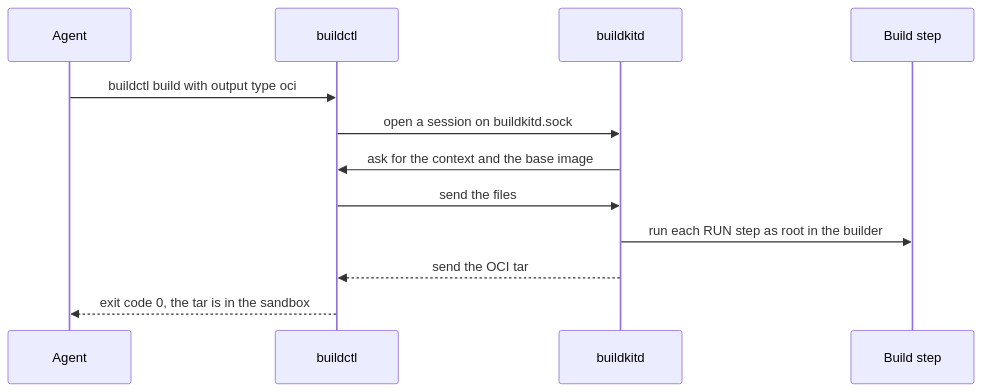
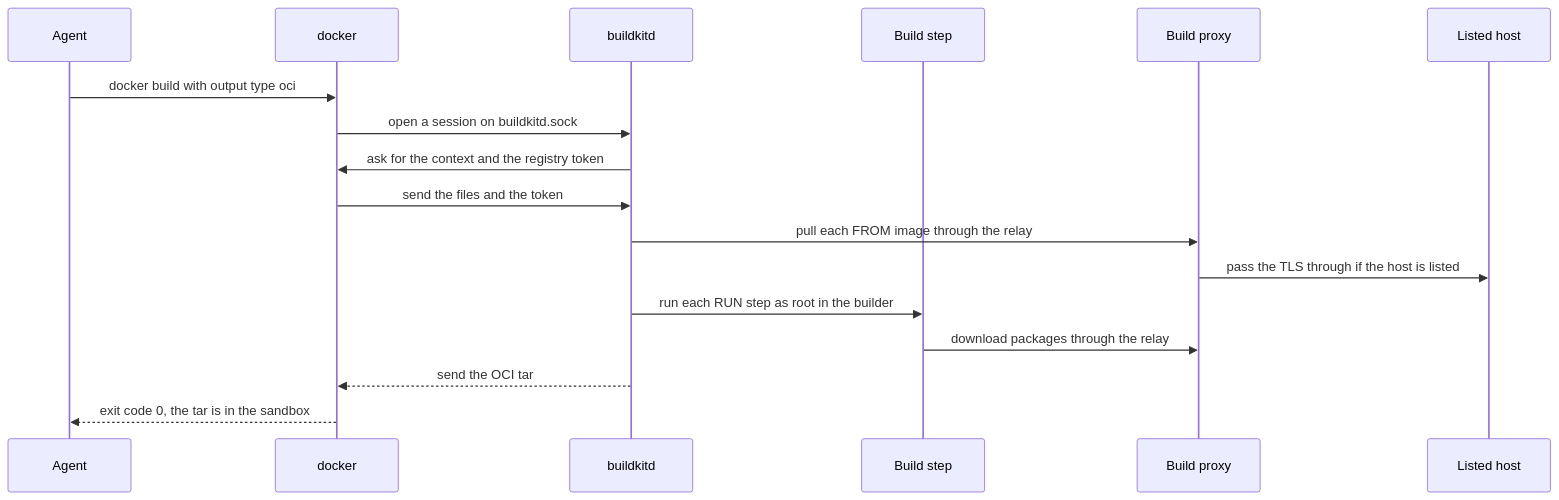
The fourth of 4 diagrams in .sandbox/docs/internals.md (raghav19/engineersdaybook), drawn with Mermaid before and after one commit. The commit also changed other lines of this file and 21 other files, not shown here.

First line of the commit message:
sandbox: build with docker and buildx through a build proxy

````diff
--- a/.sandbox/docs/internals.md
+++ b/.sandbox/docs/internals.md
@@ -113,14 +117,19 @@
 ```mermaid
 sequenceDiagram
     participant Agent
-    participant buildctl
+    participant docker
     participant buildkitd
     participant Step as Build step
-    Agent->>buildctl: buildctl build with output type oci
-    buildctl->>buildkitd: open a session on buildkitd.sock
-    buildkitd->>buildctl: ask for the context and the base image
-    buildctl->>buildkitd: send the files
+    participant BP as Build proxy
+    participant Host as Listed host
+    Agent->>docker: docker build with output type oci
+    docker->>buildkitd: open a session on buildkitd.sock
+    buildkitd->>docker: ask for the context and the registry token
+    docker->>buildkitd: send the files and the token
+    buildkitd->>BP: pull each FROM image through the relay
+    BP->>Host: pass the TLS through if the host is listed
     buildkitd->>Step: run each RUN step as root in the builder
-    buildkitd-->>buildctl: send the OCI tar
-    buildctl-->>Agent: exit code 0, the tar is in the sandbox
+    Step->>BP: download packages through the relay
+    buildkitd-->>docker: send the OCI tar
+    docker-->>Agent: exit code 0, the tar is in the sandbox
 ```
````
